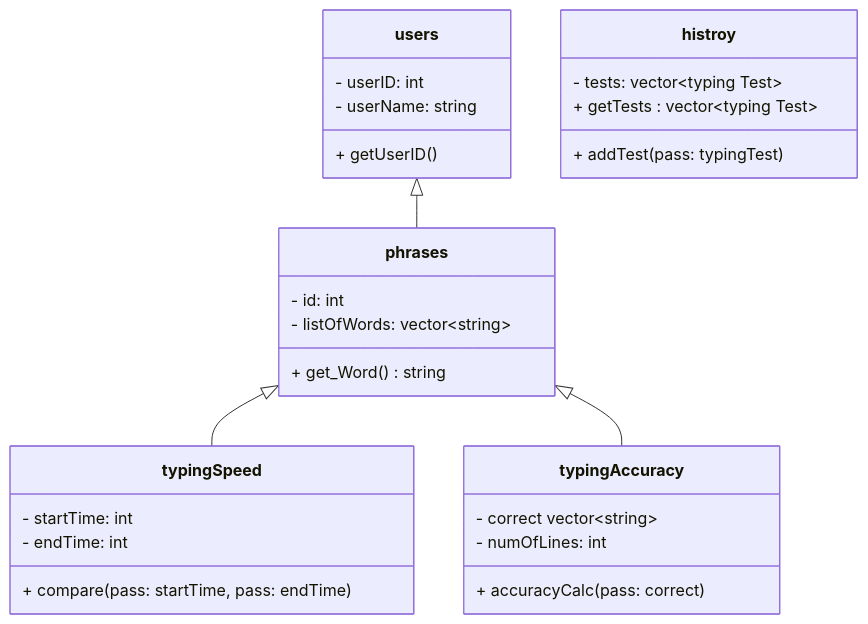
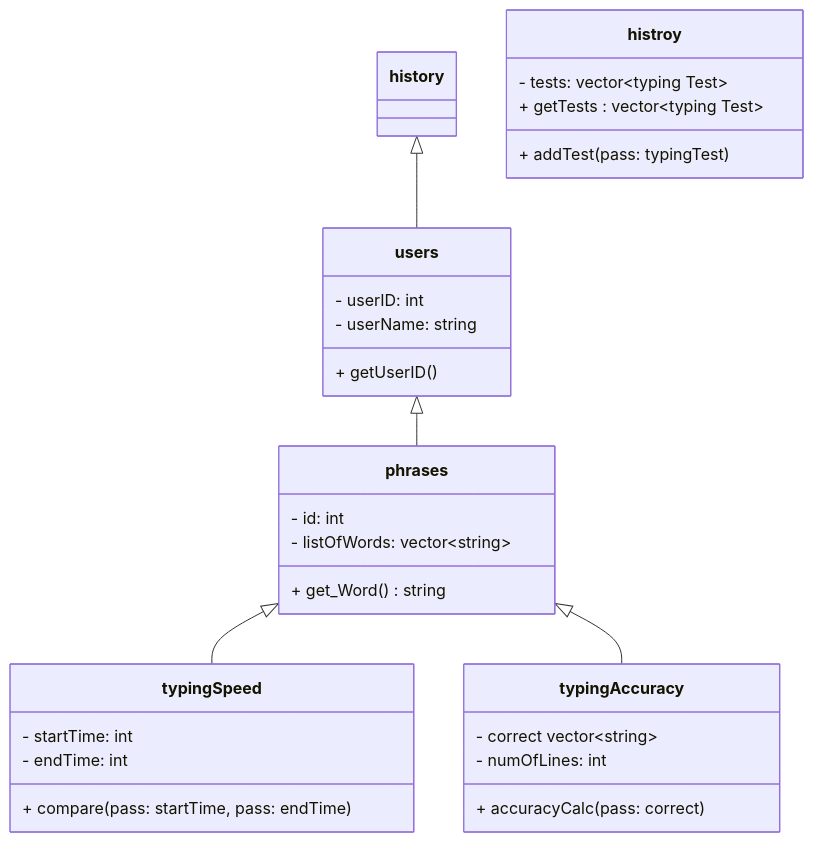
Before and after one commit to oerivas-star/tippitytappity-design: the diagram in README.md, drawn with Mermaid.

````diff
--- a/README.md
+++ b/README.md
@@ -8,31 +8,32 @@
 ```mermaid
 classDiagram
   phrases <|-- typingSpeed
   phrases <|-- typingAccuracy
   users <|-- phrases
+  history <|-- users
   class phrases{
         - id: int
         - listOfWords: vector~string~
         + get_Word() string
   }
   class typingSpeed{
         - startTime: int
         - endTime: int
         + compare(pass: startTime, pass: endTime)
   }
   class typingAccuracy{
         - correct vector~string~
         - numOfLines: int
         + accuracyCalc( pass: correct )
   }
   class users{
         - userID: int
         - userName: string
         + getUserID()
   }
   class histroy{
         - tests: vector~typing Test~
         + addTest(pass: typingTest)
         + getTests : vector~typing Test~
   }
 ```
````
